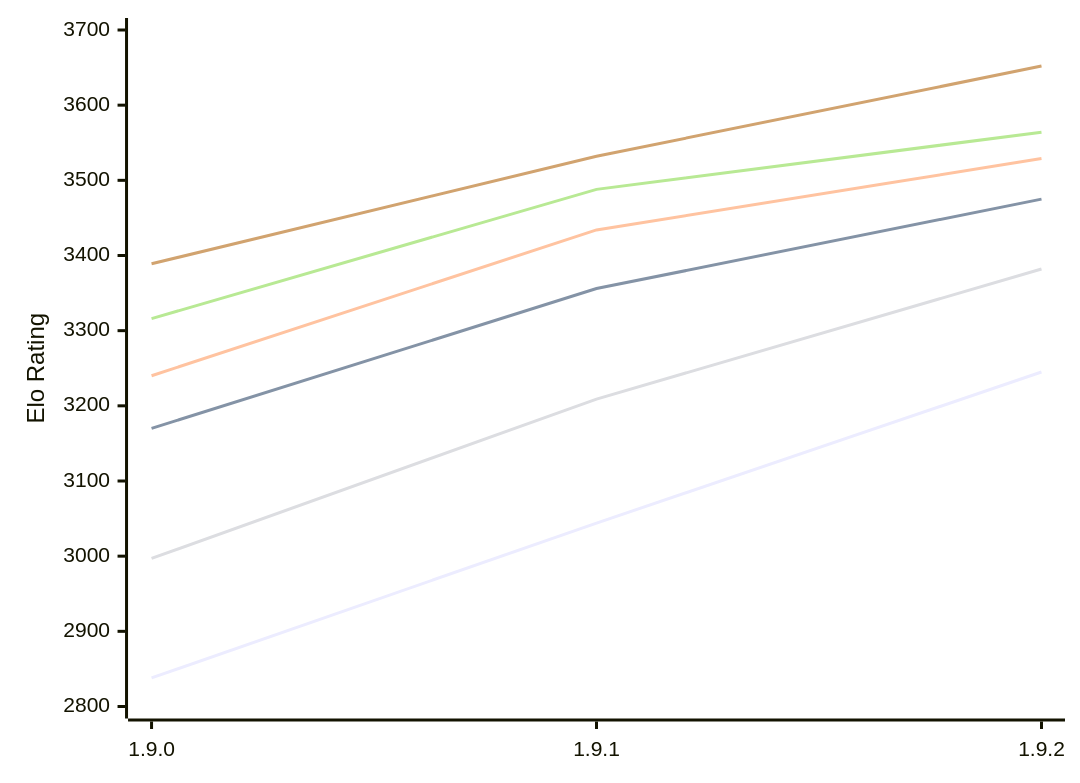
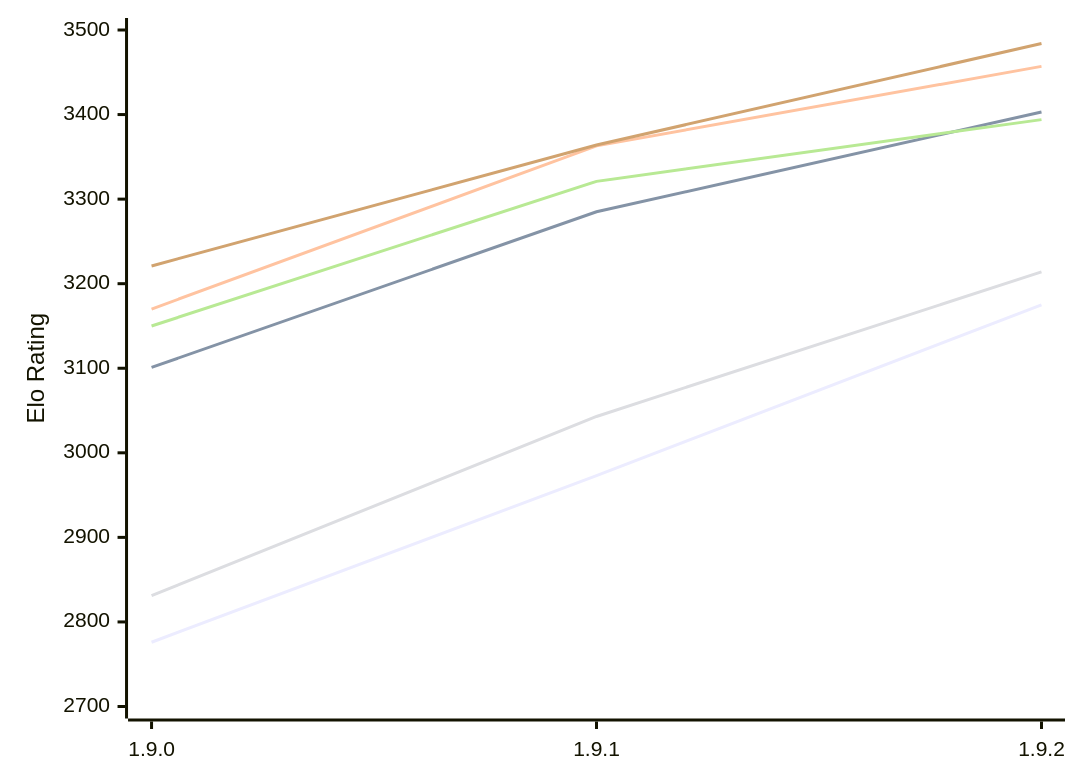
Before and after one commit to computer-chess-index/cci: the diagram in engines/Superpawn.md, drawn with Mermaid. The commit also changed other lines of this file, not shown here.

Commit message:
Update CCI Ratings (ELO VLTC) - 2026-11-13

````diff
--- a/engines/Superpawn.md
+++ b/engines/Superpawn.md
@@ -51,12 +51,12 @@
 ```mermaid
 %%{init: {"theme":"base","themeVariables":{"seriesColors:['#a3a3a3','#222221','#faa371']}}}%%
 xychart-beta
   x-axis ["1.9.0", "1.9.1", "1.9.2"]
-  y-axis "Elo Rating" 2800 --> 3700
-  line "E1: STC (8.0+0.08s)" [2838, 3044, 3245]
-  line "E1: LTC (60.0+0.60s)" [3170, 3356, 3475]
-  line "E1: VLTC (2m24s+1.12s)" [3240, 3434, 3529]
-  line "P1: STC (8.0+0.08s)" [2997, 3209, 3382]
-  line "P1: LTC (60.0+0.60s)" [3316, 3488, 3564]
-  line "P1: VLTC (2m24s+1.12s)" [3389, 3532, 3652]
+  y-axis "Elo Rating" 2700 --> 3500
+  line "E1: STC (8.0+0.08s)" [2776, 2973, 3175]
+  line "E1: LTC (60.0+0.60s)" [3101, 3285, 3403]
+  line "E1: VLTC (2m24s+1.12s)" [3170, 3363, 3457]
+  line "P1: STC (8.0+0.08s)" [2831, 3043, 3214]
+  line "P1: LTC (60.0+0.60s)" [3150, 3321, 3394]
+  line "P1: VLTC (2m24s+1.12s)" [3221, 3364, 3484]
 ```
````
